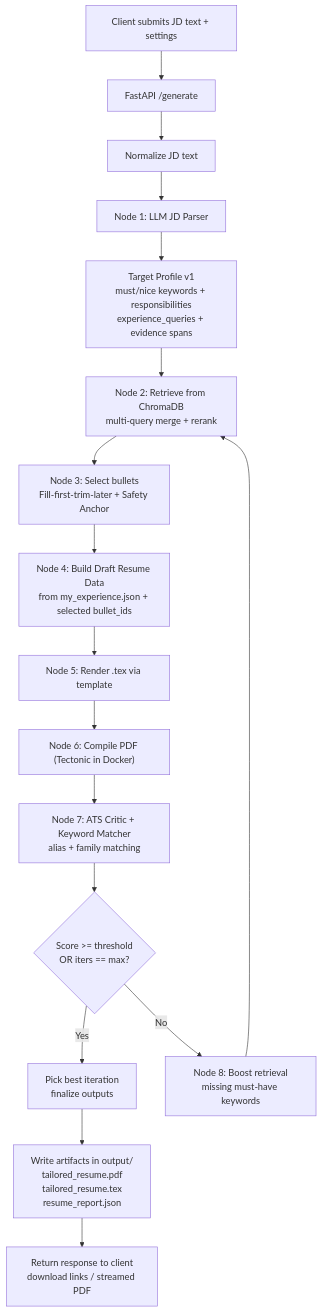
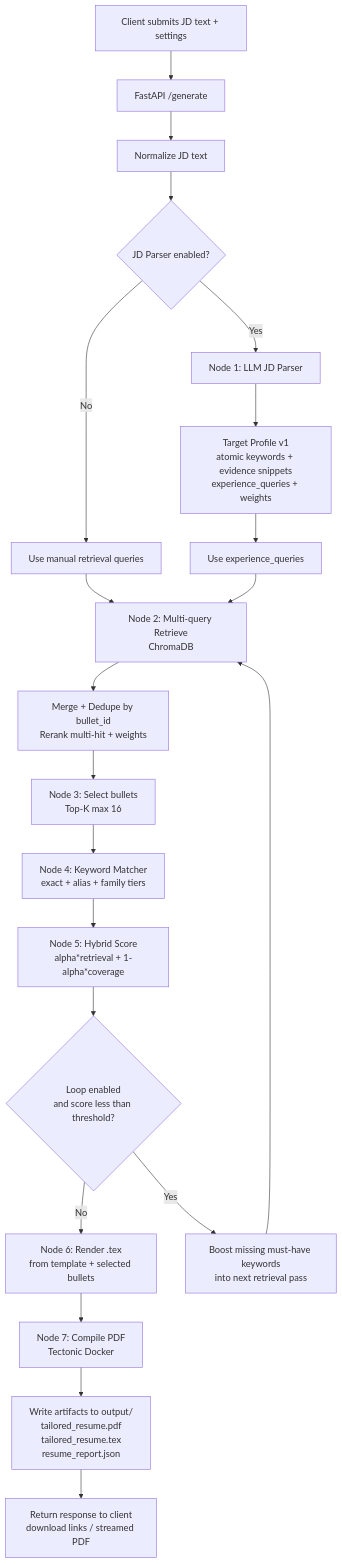
The diagram in README.md (pinkpig777/agentic-resume-tailor), drawn with Mermaid before and after one commit. The commit also changed other lines of this file and 2 other files, not shown here.

````diff
--- a/README.md
+++ b/README.md
@@ -193,26 +185,28 @@
 ```mermaid
 flowchart TD
   A[Client submits JD text + settings] --> B[FastAPI /generate]
   B --> C[Normalize JD text]
 
-  C --> D[Node 1: LLM JD Parser]
-  D --> D1["Target Profile v1<br/>must/nice keywords + responsibilities<br/>experience_queries + evidence spans"]
+  C --> D{JD Parser enabled?}
+  D -- No --> Q0[Use manual retrieval queries]
+  D -- Yes --> E[Node 1: LLM JD Parser]
+  E --> E1[Target Profile v1<br/>atomic keywords + evidence snippets<br/>experience_queries + weights]
+  E1 --> Q1[Use experience_queries]
 
-  %% Iterative loop start
-  D1 --> E["Node 2: Retrieve from ChromaDB<br/>multi-query merge + rerank"]
-  E --> F["Node 3: Select bullets<br/>Fill-first-trim-later + Safety Anchor"]
-  F --> G["Node 4: Build Draft Resume Data<br/>from my_experience.json + selected bullet_ids"]
-  G --> H["Node 5: Render .tex via template"]
-  H --> I["Node 6: Compile PDF (Tectonic in Docker)"]
+  Q0 --> F[Node 2: Multi-query Retrieve<br/>ChromaDB]
+  Q1 --> F
 
-  I --> J["Node 7: ATS Critic + Keyword Matcher<br/>alias + family matching"]
-  J --> K{"Score >= threshold<br/>OR iters == max?"}
+  F --> G[Merge + Dedupe by bullet_id<br/>Rerank multi-hit + weights]
+  G --> H[Node 3: Select bullets<br/>Top-K max 16]
+  H --> I[Node 4: Keyword Matcher<br/>exact + alias + family tiers]
+  I --> J[Node 5: Hybrid Score<br/>alpha*retrieval + 1-alpha*coverage]
 
-  K -- Yes --> L["Pick best iteration<br/>finalize outputs"]
-  K -- No --> M["Node 8: Boost retrieval<br/>missing must-have keywords"]
-  M --> E
+  J --> K{Loop enabled<br/>and score less than threshold?}
+  K -- No --> L[Node 6: Render .tex<br/>from template + selected bullets]
+  K -- Yes --> M[Boost missing must-have keywords<br/>into next retrieval pass]
+  M --> F
 
-  L --> N["Write artifacts in output/<br/>tailored_resume.pdf<br/>tailored_resume.tex<br/>resume_report.json"]
-  N --> O["Return response to client<br/>download links / streamed PDF"]
-
+  L --> N[Node 7: Compile PDF<br/>Tectonic Docker]
+  N --> O[Write artifacts to output/<br/>tailored_resume.pdf<br/>tailored_resume.tex<br/>resume_report.json]
+  O --> P[Return response to client<br/>download links / streamed PDF]
 ```
````
